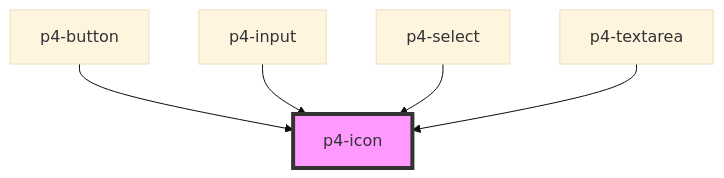
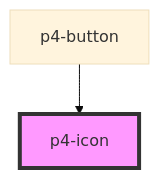
Before and after one commit to goatui/components: the diagram in src/components/p4-icon/readme.md, drawn with Mermaid (base theme). The commit also changed other lines of this file and 121 other files, not shown here.

````diff
--- a/src/components/p4-icon/readme.md
+++ b/src/components/p4-icon/readme.md
@@ -26,8 +23,5 @@
 ```mermaid
 graph TD;
   p4-button --> p4-icon
-  p4-input --> p4-icon
-  p4-select --> p4-icon
-  p4-textarea --> p4-icon
   style p4-icon fill:#f9f,stroke:#333,stroke-width:4px
 ```
````
